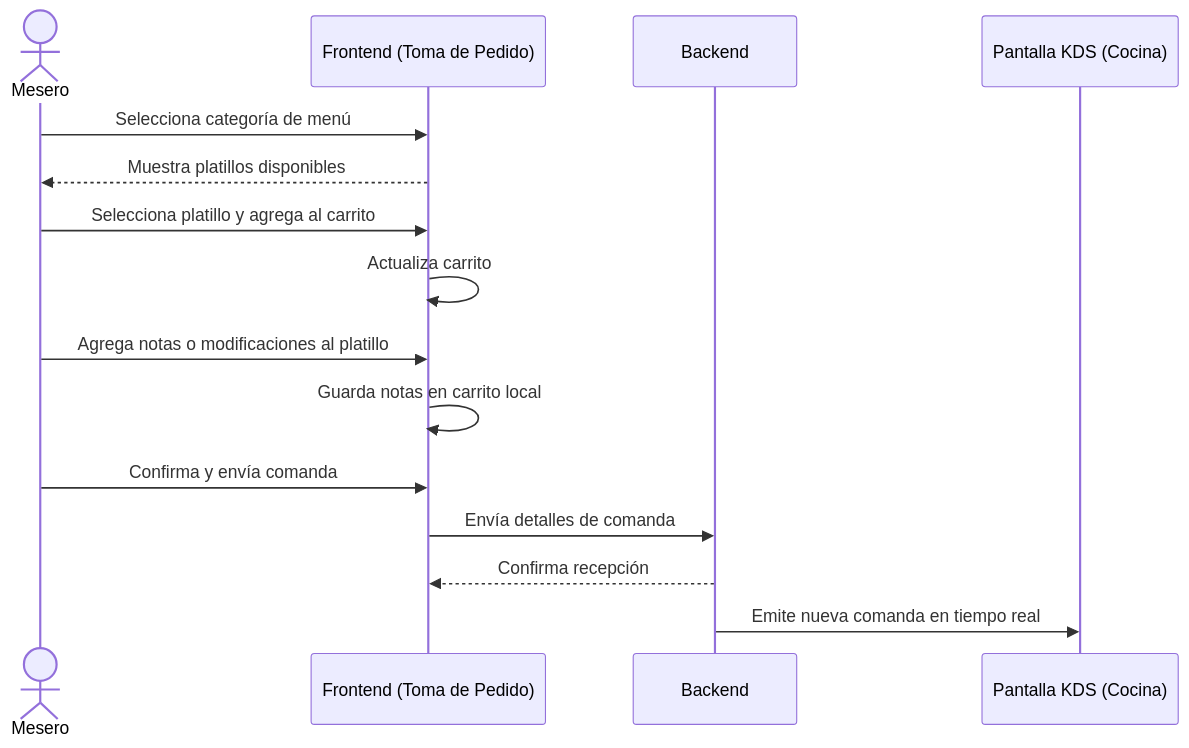
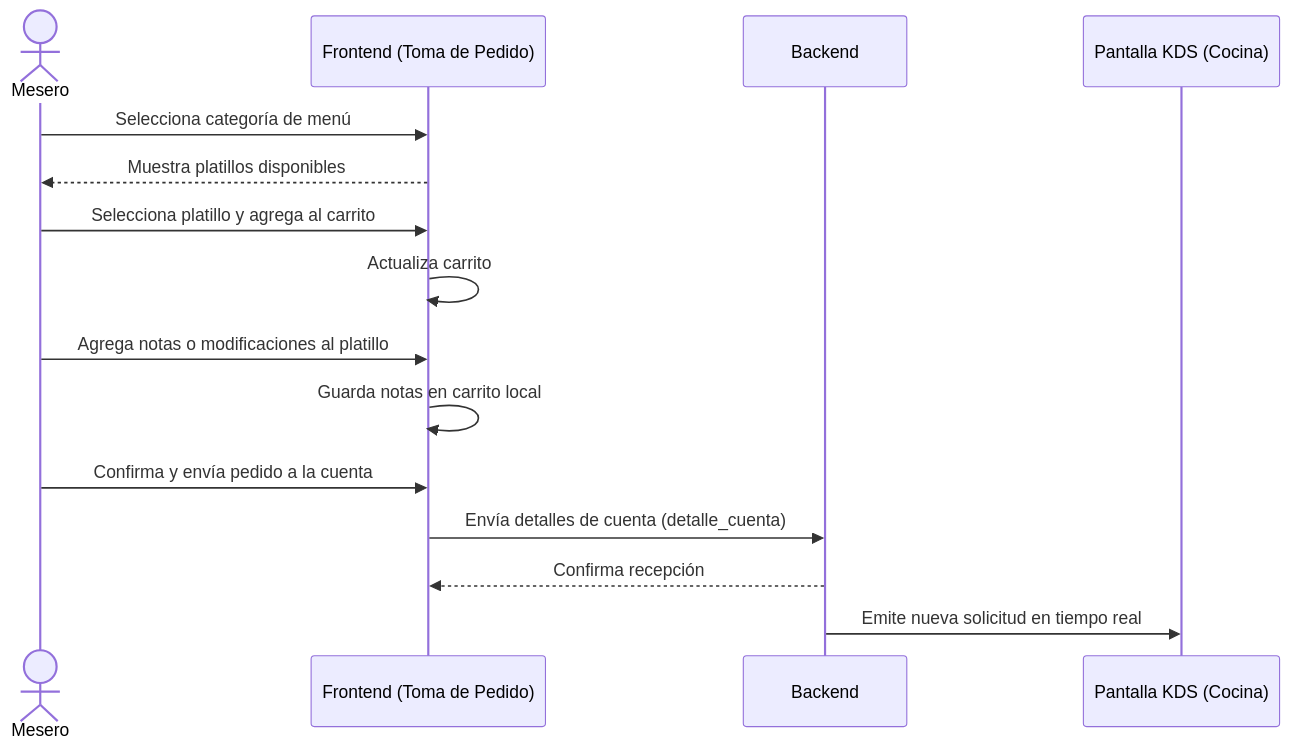
The fifth of 11 diagrams in Documentos/Diagramas_Historias_Usuario.md (C3-IS0289-2026/Restaurante-Avanzado), drawn with Mermaid before and after one commit. The commit also changed other lines of this file and 19 other files, not shown here.

First line of the commit message:
refactor(db,domain,docs): unificar lenguaje ubicuo en cuenta y estado_detalle_cuenta

````diff
--- a/Documentos/Diagramas_Historias_Usuario.md
+++ b/Documentos/Diagramas_Historias_Usuario.md
@@ -91,18 +91,18 @@
 ```mermaid
 sequenceDiagram
     actor Mesero
     participant UI as Frontend (Toma de Pedido)
     participant Backend
     participant KDS as Pantalla KDS (Cocina)
 
     Mesero->>UI: Selecciona categoría de menú
     UI-->>Mesero: Muestra platillos disponibles
     Mesero->>UI: Selecciona platillo y agrega al carrito
     UI->>UI: Actualiza carrito
     Mesero->>UI: Agrega notas o modificaciones al platillo
     UI->>UI: Guarda notas en carrito local
-    Mesero->>UI: Confirma y envía comanda
-    UI->>Backend: Envía detalles de comanda
+    Mesero->>UI: Confirma y envía pedido a la cuenta
+    UI->>Backend: Envía detalles de cuenta (detalle_cuenta)
     Backend-->>UI: Confirma recepción
-    Backend->>KDS: Emite nueva comanda en tiempo real
+    Backend->>KDS: Emite nueva solicitud en tiempo real
 ```
````
